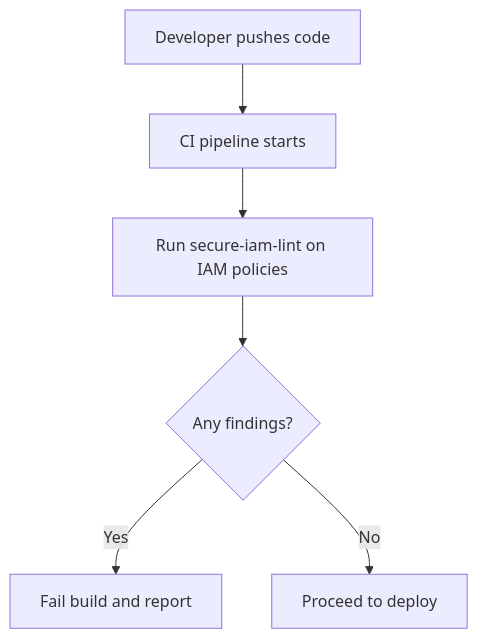
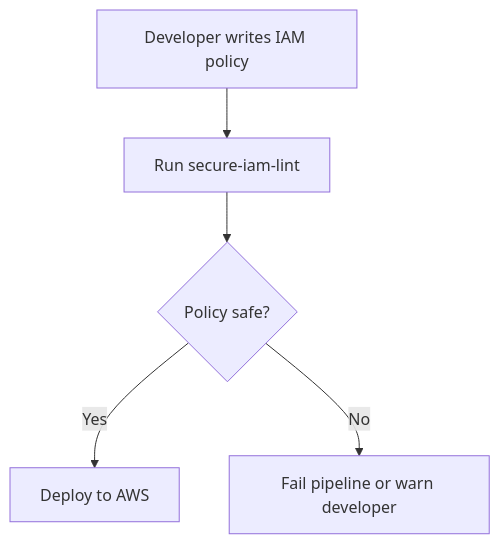
One commit to coldbootsec/secure-iam-lint changed the diagram in README.md. Above: the diagram before and after it, drawn with Mermaid. The commit also changed other lines of this file, not shown here.

````diff
--- a/README.md
+++ b/README.md
@@ -20,8 +12,7 @@
 ```mermaid
 graph TD
-    A[Developer pushes code] --> B[CI pipeline starts]
-    B --> C[Run secure-iam-lint on IAM policies]
-    C --> D{Any findings?}
-    D -- Yes --> E[Fail build and report]
-    D -- No --> F[Proceed to deploy]
+    A[Developer writes IAM policy] --> B[Run secure-iam-lint]
+    B --> C{Policy safe?}
+    C -- Yes --> D[Deploy to AWS]
+    C -- No --> E[Fail pipeline or warn developer]
 ```
````
